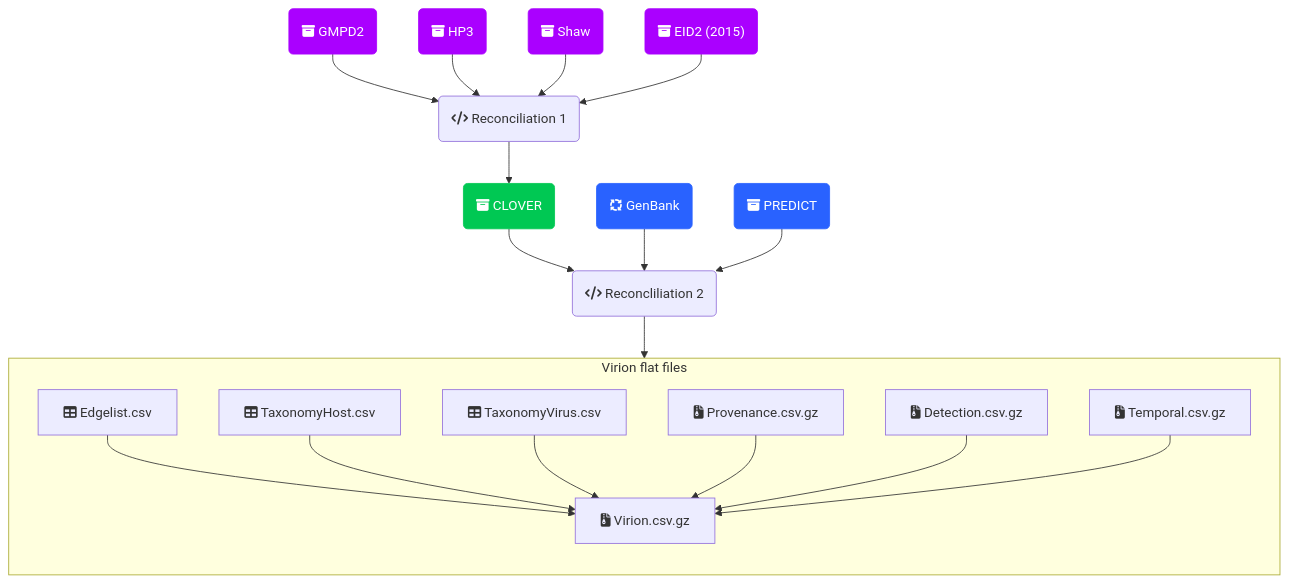
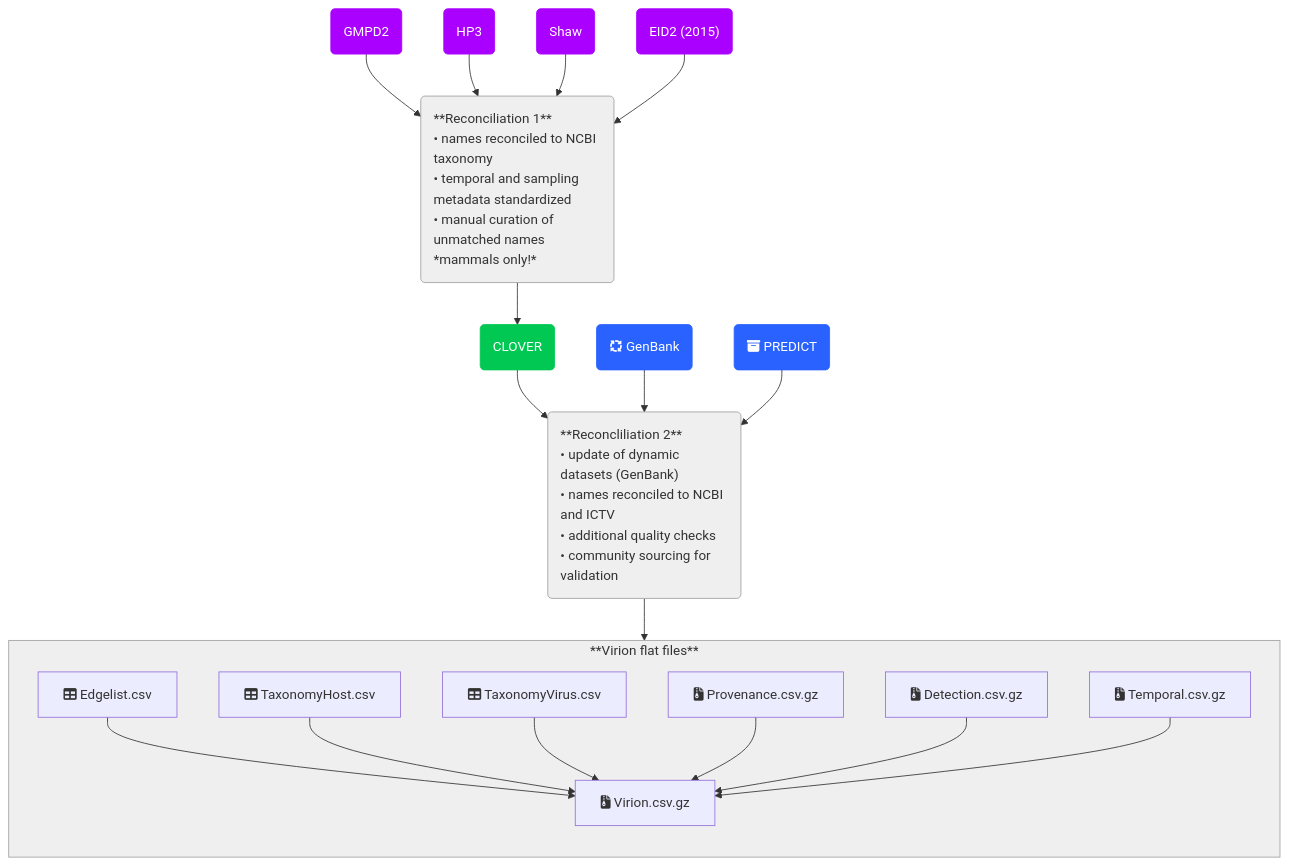
The diagram in README.md (viralemergence/virion), drawn with Mermaid before and after one commit.

````diff
--- a/README.md
+++ b/README.md
@@ -4,64 +4,78 @@
 ```mermaid
 flowchart TB
 
 %% Nodes
-    GMPD2("fa:fa-box-archive GMPD2")
-    HP3("fa:fa-box-archive HP3")
-    Shaw("fa:fa-box-archive Shaw")
-    EID2("fa:fa-box-archive EID2 (2015)")
+    GMPD2("GMPD2")
+    HP3("HP3")
+    Shaw("Shaw")
+    EID2("EID2 (2015)")
 
-    RECON1("fa:fa-code Reconciliation 1")
+    RECON1("
+**Reconciliation 1**
+• names reconciled to NCBI taxonomy
+• temporal and sampling metadata standardized
+• manual curation of unmatched names
+*mammals only!*")
 
-    CLOVER("fa:fa-box-archive CLOVER")
+    style RECON1 text-align:left, fill:#efefef, stroke:#a0a0a0;
+    style RECON2 text-align:left, fill:#efefef, stroke:#a0a0a0;
 
+    CLOVER("CLOVER")
 
     GenBank("fa:fa-arrows-spin GenBank")
 
     PREDICT("fa:fa-box-archive PREDICT")
 
-    RECON2("fa:fa-code Reconcliliation 2")
+    RECON2("**Reconcliliation 2**
+• update of dynamic datasets (GenBank)
+• names reconciled to NCBI and ICTV
+• additional quality checks
+• community sourcing for validation
+")
 
 
-    subgraph virion[Virion flat files]
+    subgraph virion[**Virion flat files**]
         Virion["fa:fa-file-zipper Virion.csv.gz"]
         Edgelist["fa:fa-table Edgelist.csv"]
         TaxonomyHost["fa:fa-table TaxonomyHost.csv"]
         TaxonomyVirus["fa:fa-table TaxonomyVirus.csv"]
         Provenance["fa:fa-file-zipper Provenance.csv.gz"]
         Detection["fa:fa-file-zipper Detection.csv.gz"]
         Temporal["fa:fa-file-zipper Temporal.csv.gz"]
         direction TB
         Edgelist --> Virion
         TaxonomyHost --> Virion
         TaxonomyVirus --> Virion
         Provenance --> Virion
         Detection --> Virion
         Temporal --> Virion
     end
+
+    style virion stroke:#a0a0a0, fill:#efefef;
 
 %% Edge connections between nodes
     GMPD2 --> RECON1;
     HP3 --> RECON1;
     Shaw --> RECON1;
     EID2 --> RECON1;
     RECON1 --> CLOVER;
 
     CLOVER --> RECON2;
     GenBank --> RECON2;
     PREDICT --> RECON2;
 
     RECON2 --> virion;
 
 %% Individual node styling. Try the visual editor toolbar for easier styling!
     style GMPD2 color:#FFFFFF, fill:#AA00FF, stroke:#AA00FF
     style HP3 color:#FFFFFF, fill:#AA00FF, stroke:#AA00FF
     style Shaw color:#FFFFFF, fill:#AA00FF, stroke:#AA00FF
     style EID2 color:#FFFFFF, fill:#AA00FF, stroke:#AA00FF
 
     style CLOVER color:#FFFFFF, stroke:#00C853, fill:#00C853
 
     style GenBank color:#FFFFFF, stroke:#2962FF, fill:#2962FF
     style PREDICT color:#FFFFFF, stroke:#2962FF, fill:#2962FF
 
 %% You can add notes with two "%" signs in a row!
 ```
````
